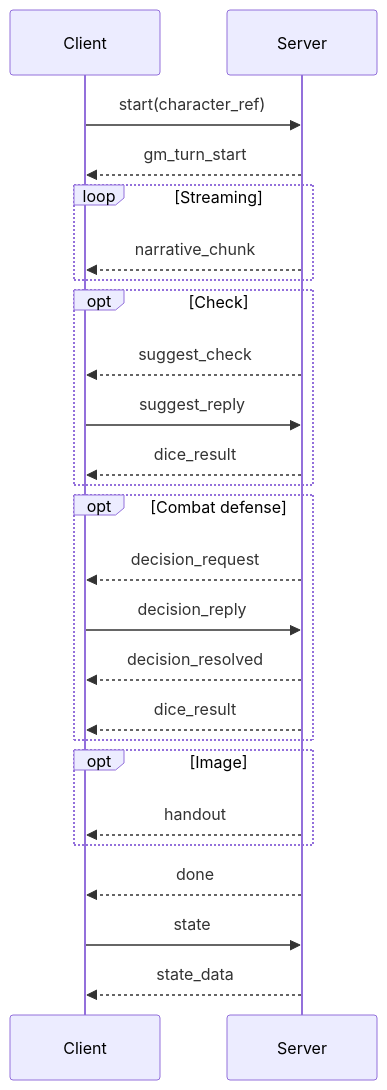
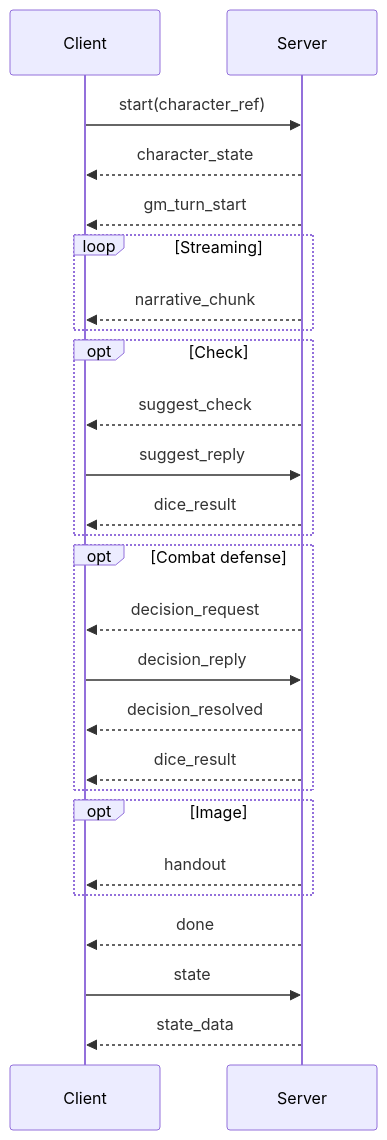
One commit to Inaglyite/TRPG-Master changed the first of 3 diagrams in docs/API.md. Above: the diagram before and after it, drawn with Mermaid. The commit also changed other lines of this file and 11 other files, not shown here.

````diff
--- a/docs/API.md
+++ b/docs/API.md
@@ -1101,27 +1126,28 @@
 ```mermaid
 sequenceDiagram
     participant C as Client
     participant S as Server
     C->>S: start(character_ref)
+    S-->>C: character_state
     S-->>C: gm_turn_start
     loop Streaming
         S-->>C: narrative_chunk
     end
     opt Check
         S-->>C: suggest_check
         C->>S: suggest_reply
         S-->>C: dice_result
     end
     opt Combat defense
         S-->>C: decision_request
         C->>S: decision_reply
         S-->>C: decision_resolved
         S-->>C: dice_result
     end
     opt Image
         S-->>C: handout
     end
     S-->>C: done
     C->>S: state
     S-->>C: state_data
 ```
````
